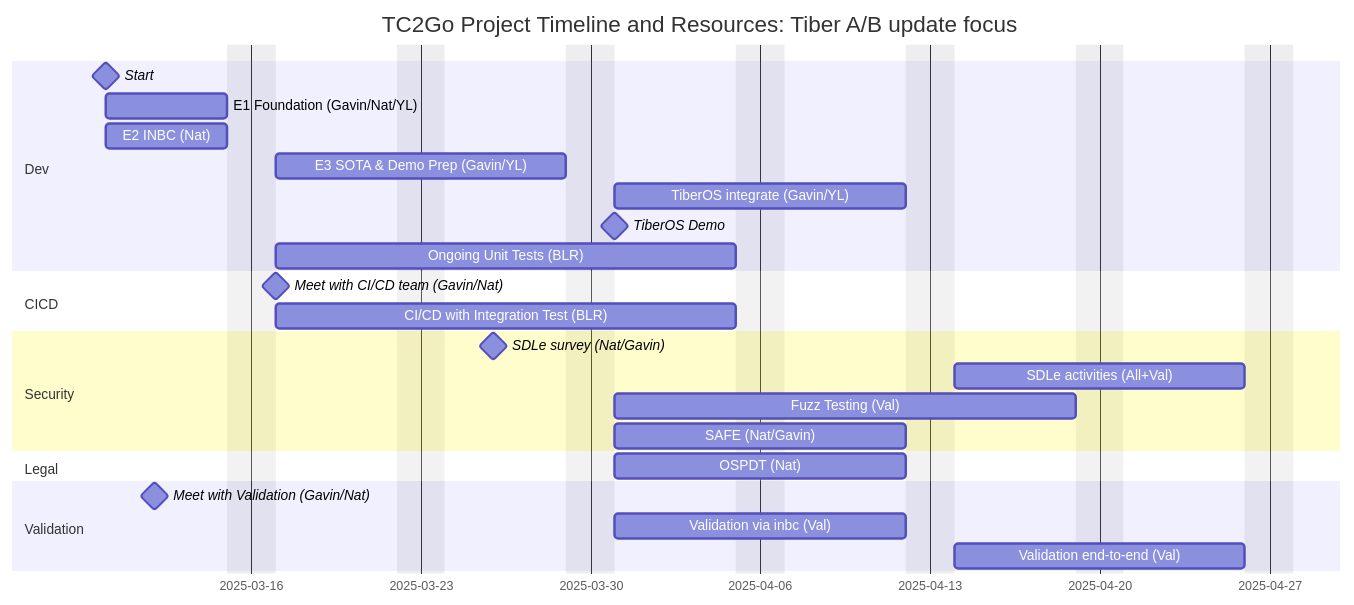
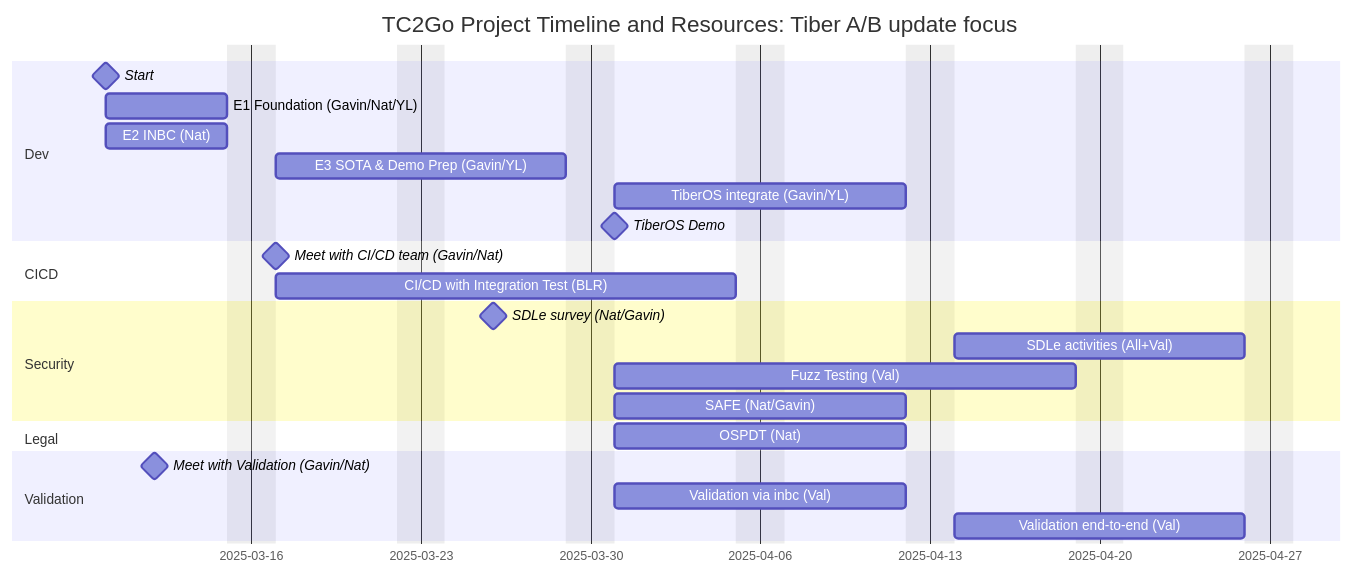
The diagram in doc/timelineAndResources.md (open-edge-platform/edge-node-agents), drawn with Mermaid before and after one commit.

Commit message:
Update timelineAndResources.md
Remove Unit Tests from timeline.

````diff
--- a/doc/timelineAndResources.md
+++ b/doc/timelineAndResources.md
@@ -1,34 +1,33 @@
 ```mermaid
 gantt
     title TC2Go Project Timeline and Resources: Tiber A/B update focus
     dateFormat  YYYY-MM-DD
     tickInterval 1week
     excludes weekends
 
     section Dev
         Start                             :milestone, :start, 2025-03-10, 0d
         E1 Foundation (Gavin/Nat/YL)    :foundation, 2025-03-10, 5d
         E2 INBC (Nat)                     :inbc, 2025-03-10, 5d
         E3 SOTA & Demo Prep (Gavin/YL)    :sotademo, after inbc, 10d
         TiberOS integrate (Gavin/YL) :spec, after sotademo, 10d
         TiberOS Demo                              :milestone, :demo, 2025-03-31, 0d
-        Ongoing Unit Tests (BLR)          :unit, after foundation, 15d
 
     section CICD
         Meet with CI/CD team (Gavin/Nat)          :milestone, :meetcicd, 2025-03-17, 0d
         CI/CD with Integration Test (BLR)         :cicd, 2025-03-17, 15d
     
     section Security
         SDLe survey (Nat/Gavin)           :milestone, :survey, 2025-03-26, 0d
         SDLe activities (All+Val)         :sdle, after safe, 10d
         Fuzz Testing (Val)                :fuzz, 2025-03-31, 15d
         SAFE (Nat/Gavin)                  :safe, 2025-03-31, 10d
 
     section Legal
         OSPDT (Nat)                       :ospdt, 2025-03-31, 10d
     
     section Validation
         Meet with Validation (Gavin/Nat) :milestone, :meetval, 2025-03-12, 0d
         Validation via inbc (Val)        :valinbc, after sotademo, 10d
         Validation end-to-end (Val)      :vale2e, after spec, 10d
 ```
````
